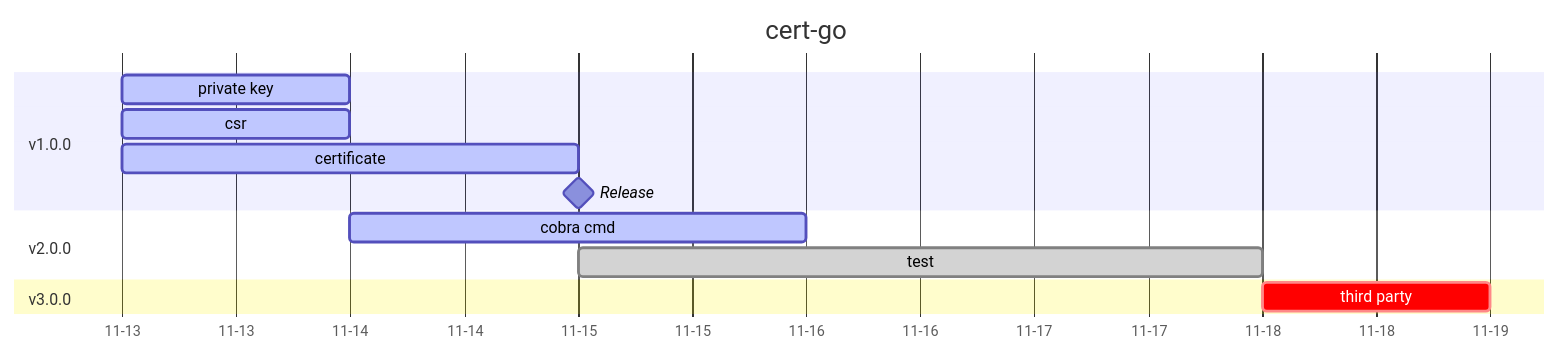
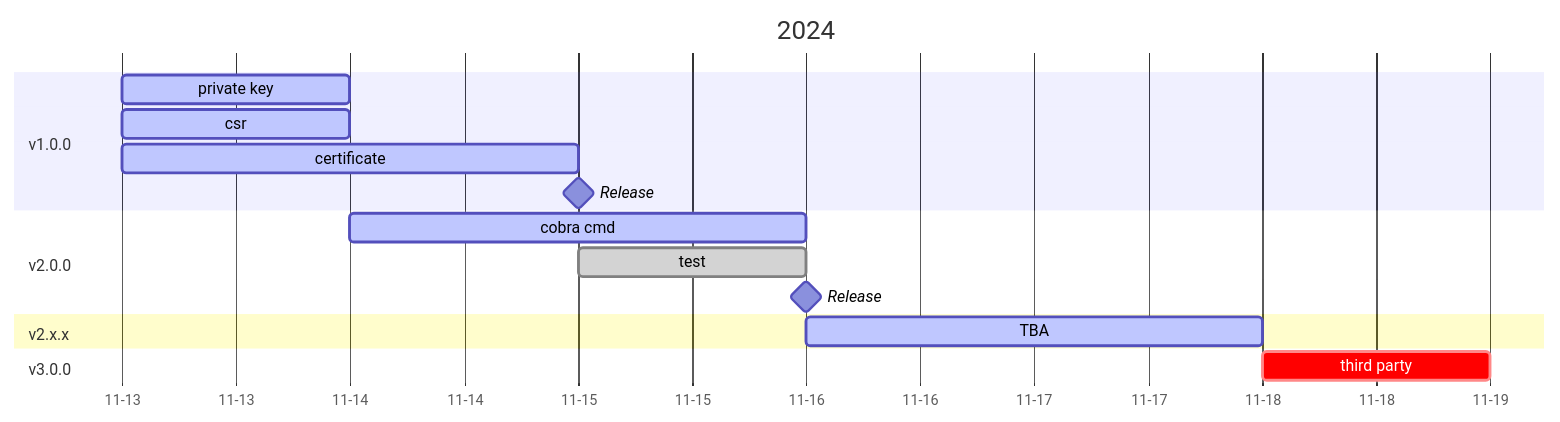
One commit to Alonza0314/cert-go changed the diagram in README.md. Above: the diagram before and after it, drawn with Mermaid.

````diff
--- a/README.md
+++ b/README.md
@@ -9,19 +9,23 @@
 ```mermaid
 gantt
-    title cert-go
+    title 2024
     dateFormat MM-DD
         axisFormat %m-%d
 
     section v1.0.0
     private key: active, private-key, 11-13, 1d
     csr: active, csr, 11-13, 1d
     certificate: active, certificate, 11-13, 2d
     Release: milestone, after certificate
 
     section v2.0.0
     cobra cmd: active, cobra-cmd, 11-14, 2d
-    test: done, test, 11-15, 3d
+    test: done, test, 11-15, 1d
+    Release: milestone, after test
+
+    section v2.x.x
+    TBA: active, TBA, 11-16, 2d
 
     section v3.0.0
     third party: crit, third-party, 11-18, 1d
 ```
````
